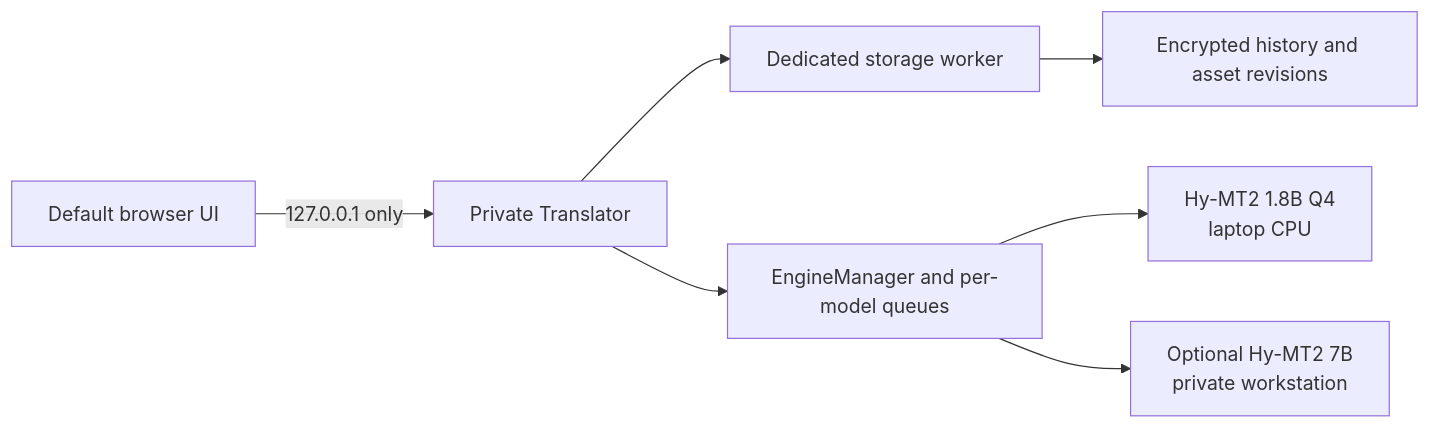
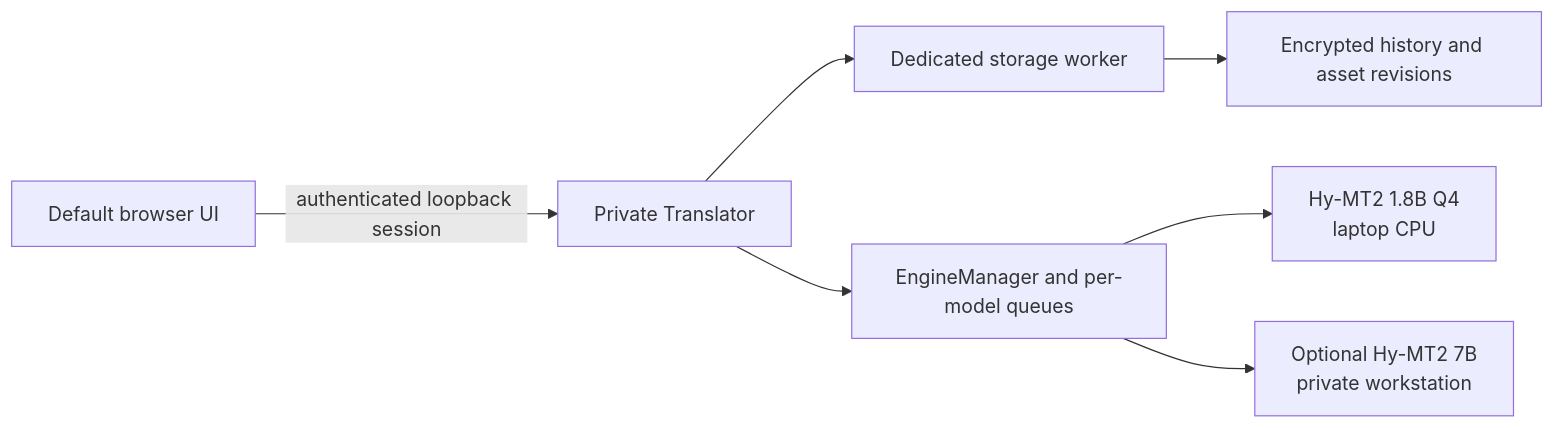
The diagram in docs/architecture-v1.md (unmatched785/private-translator), drawn with Mermaid before and after one commit. The commit also changed other lines of this file and 42 other files, not shown here.

````diff
--- a/docs/architecture-v1.md
+++ b/docs/architecture-v1.md
@@ -9,9 +9,9 @@
 ```mermaid
 flowchart LR
-    Browser["Default browser UI"] -->|"127.0.0.1 only"| App["Private Translator"]
+    Browser["Default browser UI"] -->|"authenticated loopback session"| App["Private Translator"]
     App --> Storage["Dedicated storage worker"]
     Storage --> Vault["Encrypted history and asset revisions"]
     App --> Manager["EngineManager and per-model queues"]
     Manager --> Lite["Hy-MT2 1.8B Q4\nlaptop CPU"]
     Manager --> Quality["Optional Hy-MT2 7B\nprivate workstation"]
 ```
````
